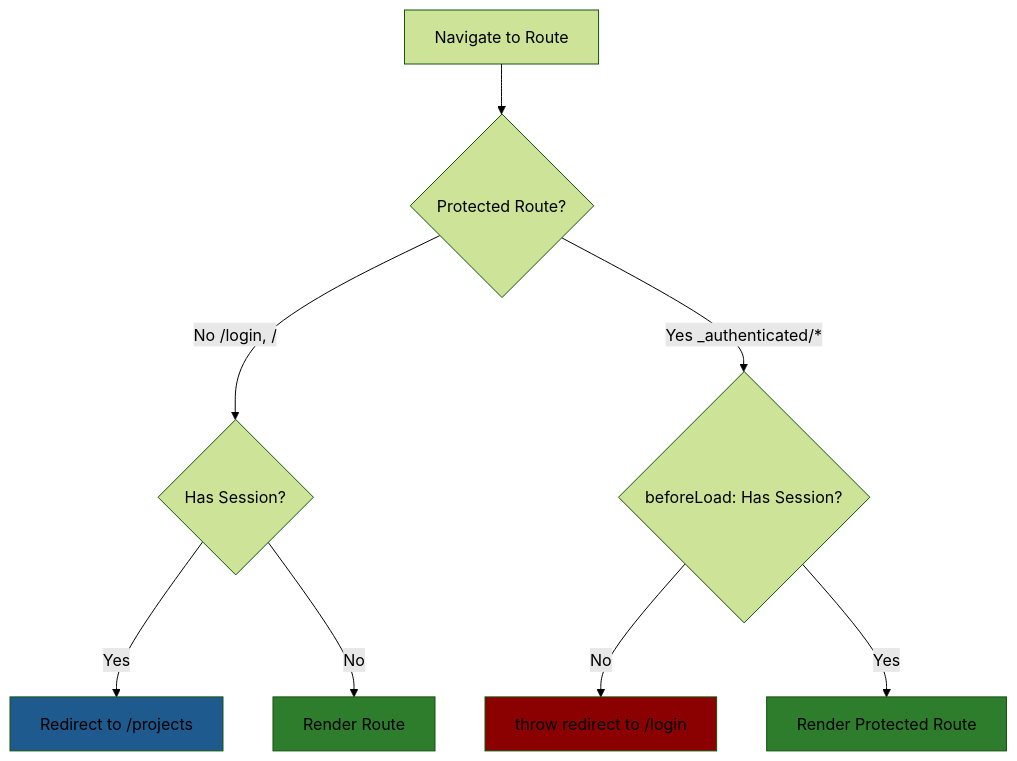
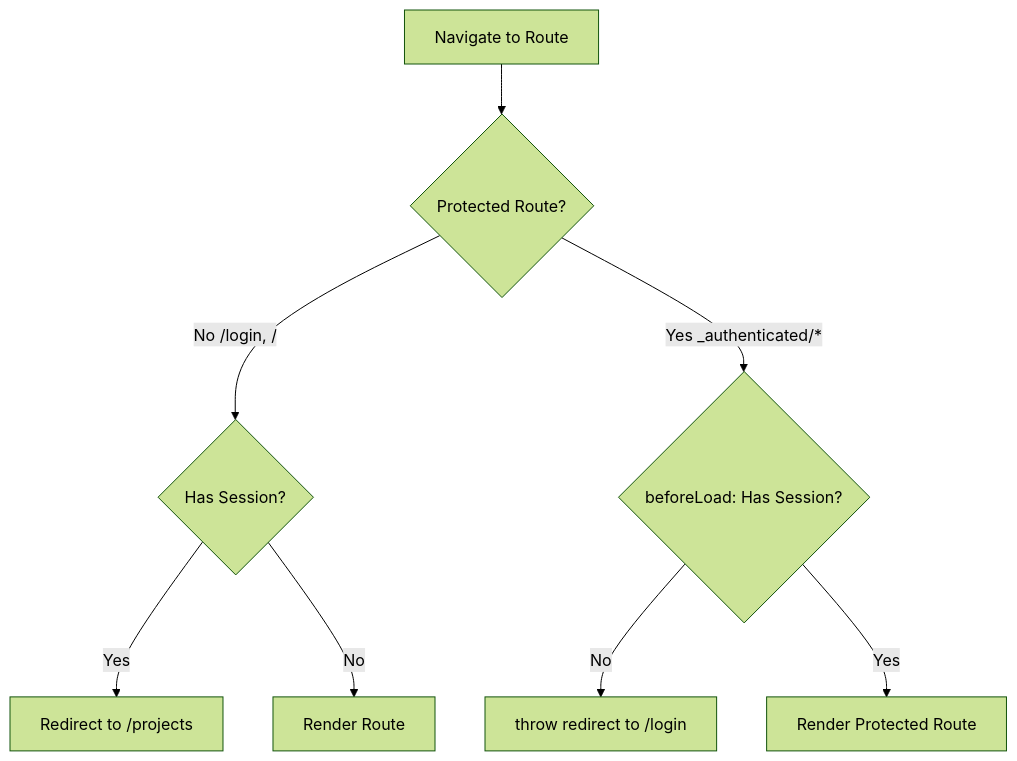
Before and after one commit to haowjy/meridian-flow: the third of 3 diagrams in _docs/technical/frontend/auth-implementation.md, drawn with Mermaid (forest theme). The commit also changed 46 other files, not shown here.

````diff
--- a/_docs/technical/frontend/auth-implementation.md
+++ b/_docs/technical/frontend/auth-implementation.md
@@ -60,15 +60,11 @@
 ```mermaid
 flowchart TD
     A[Navigate to Route] --> B{Protected Route?}
     B -->|No /login, /| C{Has Session?}
     C -->|Yes| D[Redirect to /projects]
     C -->|No| E[Render Route]
     B -->|Yes _authenticated/*| F{beforeLoad: Has Session?}
     F -->|No| G[throw redirect to /login]
     F -->|Yes| H[Render Protected Route]
 
-    style E fill:#2d7d2d
-    style H fill:#2d7d2d
-    style G fill:#8b0000
-    style D fill:#1e5a8e
 ```
````
